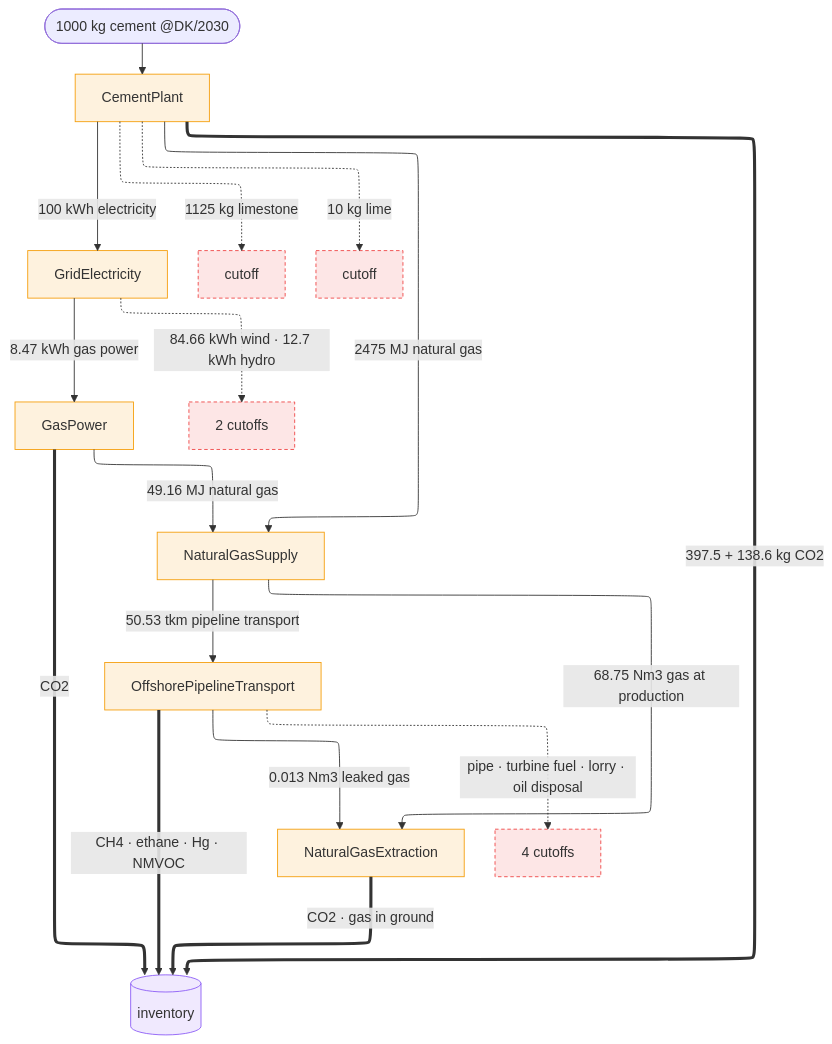
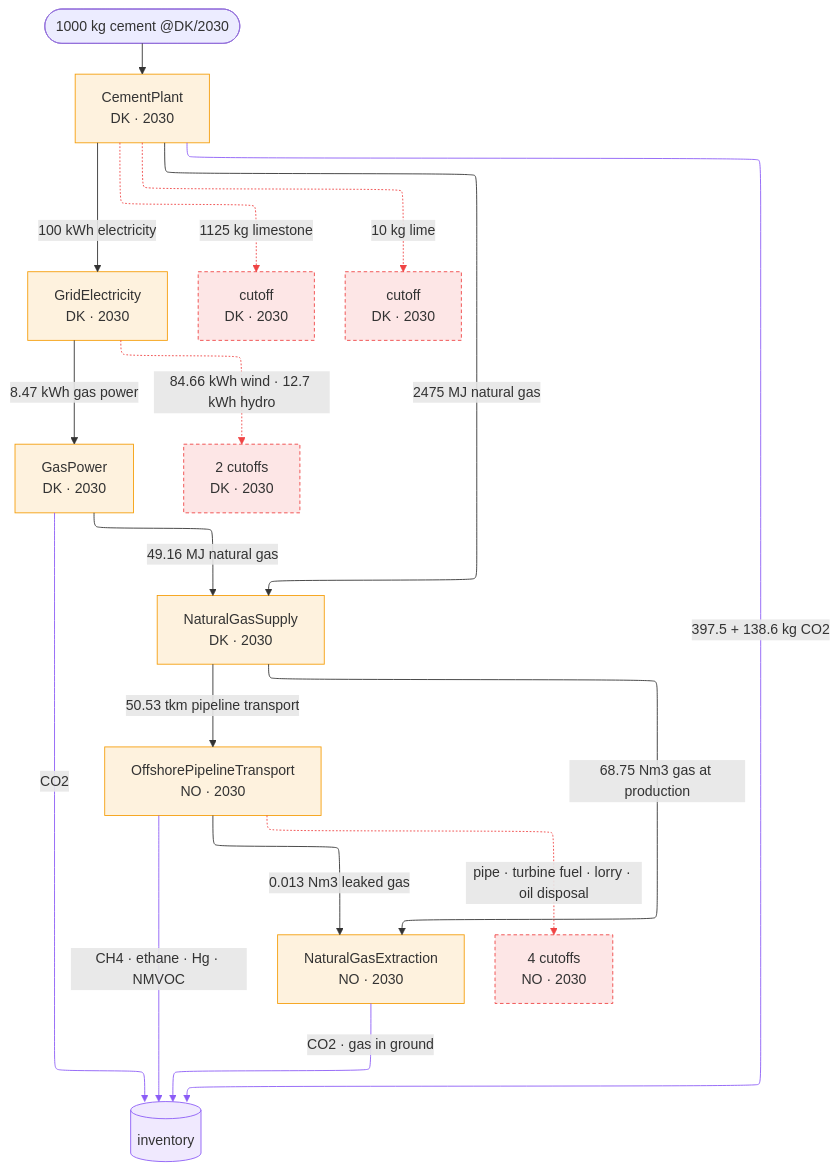
Before and after one commit to TimoDiepers/trailrunner: the second of 2 diagrams in docs/pitch-5min.md, drawn with Mermaid. The commit also changed other lines of this file and 1 other file, not shown here.

Commit message:
docs(showcase): put place and year in the graph's boxes, colour flows by kind

````diff
--- a/docs/pitch-5min.md
+++ b/docs/pitch-5min.md
@@ -128,31 +128,35 @@
 ```mermaid
 %%{init: {'layout': 'elk'}}%%
 flowchart TB
-    D(["1000 kg cement @DK/2030"]) --> CP["CementPlant"]
+    D(["1000 kg cement @DK/2030"]) --> CP["CementPlant<br/>DK · 2030"]
 
-    CP -->|"2475 MJ natural gas"| NGS["NaturalGasSupply"]
-    CP -->|"100 kWh electricity"| GE["GridElectricity"]
-    CP -.->|"1125 kg limestone"| X1["cutoff"]
-    CP -.->|"10 kg lime"| X2["cutoff"]
+    CP -->|"2475 MJ natural gas"| NGS["NaturalGasSupply<br/>DK · 2030"]
+    CP -->|"100 kWh electricity"| GE["GridElectricity<br/>DK · 2030"]
+    CP -.->|"1125 kg limestone"| X1["cutoff<br/>DK · 2030"]
+    CP -.->|"10 kg lime"| X2["cutoff<br/>DK · 2030"]
 
-    NGS -->|"68.75 Nm3 gas at production"| NGE["NaturalGasExtraction"]
-    NGS -->|"50.53 tkm pipeline transport"| PT["OffshorePipelineTransport"]
+    NGS -->|"68.75 Nm3 gas at production"| NGE["NaturalGasExtraction<br/>NO · 2030"]
+    NGS -->|"50.53 tkm pipeline transport"| PT["OffshorePipelineTransport<br/>NO · 2030"]
     PT -->|"0.013 Nm3 leaked gas"| NGE
-    PT -.->|"pipe · turbine fuel · lorry · oil disposal"| X3["4 cutoffs"]
+    PT -.->|"pipe · turbine fuel · lorry · oil disposal"| X3["4 cutoffs<br/>NO · 2030"]
 
-    GE -->|"8.47 kWh gas power"| GP["GasPower"]
-    GE -.->|"84.66 kWh wind · 12.7 kWh hydro"| X4["2 cutoffs"]
+    GE -->|"8.47 kWh gas power"| GP["GasPower<br/>DK · 2030"]
+    GE -.->|"84.66 kWh wind · 12.7 kWh hydro"| X4["2 cutoffs<br/>DK · 2030"]
     GP -->|"49.16 MJ natural gas"| NGS
 
-    CP ==>|"397.5 + 138.6 kg CO2"| INV[("inventory")]
-    GP ==>|"CO2"| INV
-    NGE ==>|"CO2 · gas in ground"| INV
-    PT ==>|"CH4 · ethane · Hg · NMVOC"| INV
+    CP -->|"397.5 + 138.6 kg CO2"| INV[("inventory")]
+    GP -->|"CO2"| INV
+    NGE -->|"CO2 · gas in ground"| INV
+    PT -->|"CH4 · ethane · Hg · NMVOC"| INV
 
     classDef model fill:#f59e0b22,stroke:#f59e0b
     classDef gap fill:#ef444422,stroke:#ef4444,stroke-dasharray:4 3
     classDef record fill:#8b5cf622,stroke:#8b5cf6
     class CP,NGS,NGE,PT,GE,GP model
     class X1,X2,X3,X4 gap
     class INV record
+
+    linkStyle 3,4,8,10 stroke:#ef4444
+    %% the four edges into the inventory: elementary flows, not demands
+    linkStyle 12,13,14,15 stroke:#8b5cf6
 ```
````
